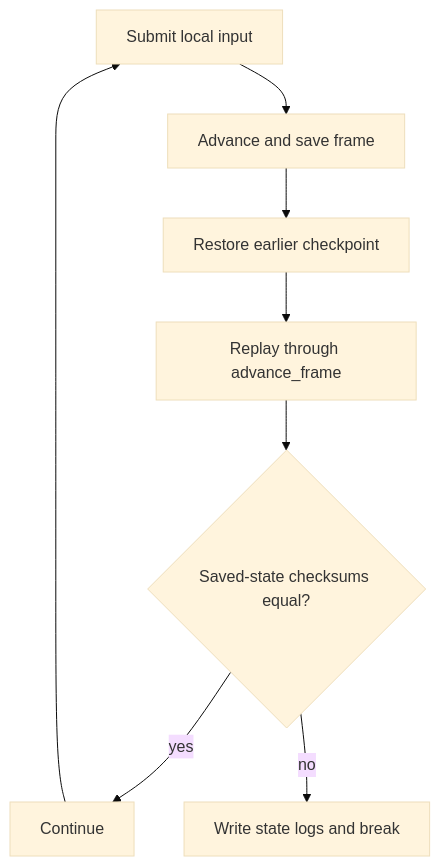
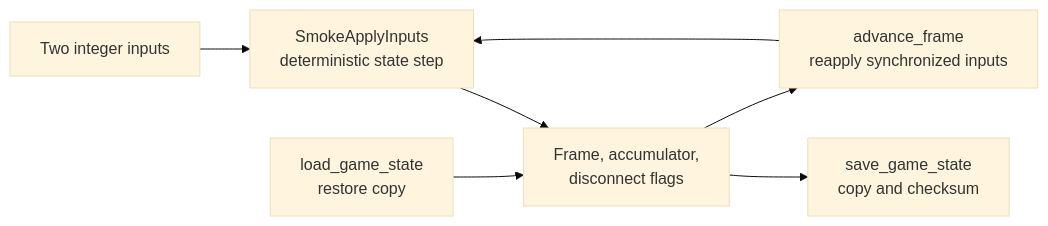
The second of 3 diagrams in doc/architecture/Testing.md (irregularthanis/ggpo-next), drawn with Mermaid (base theme) before and after one commit. The commit also changed other lines of this file, not shown here.

Commit message:
docs: describe testing architecture

````diff
--- a/doc/architecture/Testing.md
+++ b/doc/architecture/Testing.md
@@ -29,14 +98,14 @@
 ```mermaid
-flowchart TD
-    Input["Submit local input"]
-    First["Advance and save frame"]
-    Restore["Restore earlier checkpoint"]
-    Replay["Replay through advance_frame"]
-    Compare{"Saved-state checksums equal?"}
-    Pass["Continue"]
-    Fail["Write state logs and break"]
+flowchart LR
+    Inputs["Two integer inputs"]
+    Step["SmokeApplyInputs<br/>deterministic state step"]
+    State["Frame, accumulator,<br/>disconnect flags"]
+    Save["save_game_state<br/>copy and checksum"]
+    Load["load_game_state<br/>restore copy"]
+    Replay["advance_frame<br/>reapply synchronized inputs"]
 
-    Input --> First --> Restore --> Replay --> Compare
-    Compare -->|"yes"| Pass --> Input
-    Compare -->|"no"| Fail
+    Inputs --> Step --> State
+    State --> Save
+    Load --> State
+    State --> Replay --> Step
 ```
````
